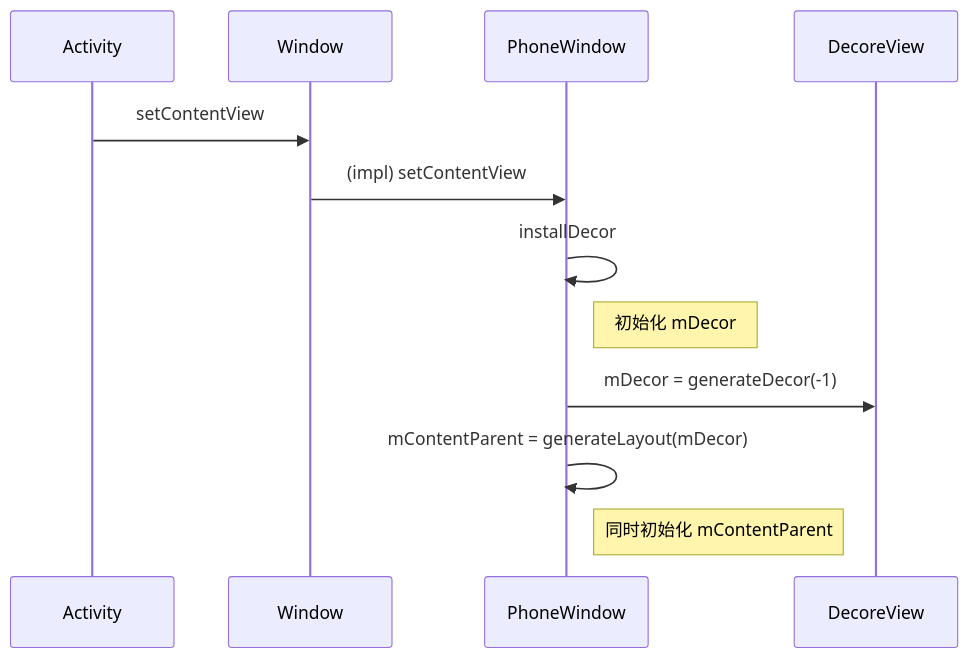
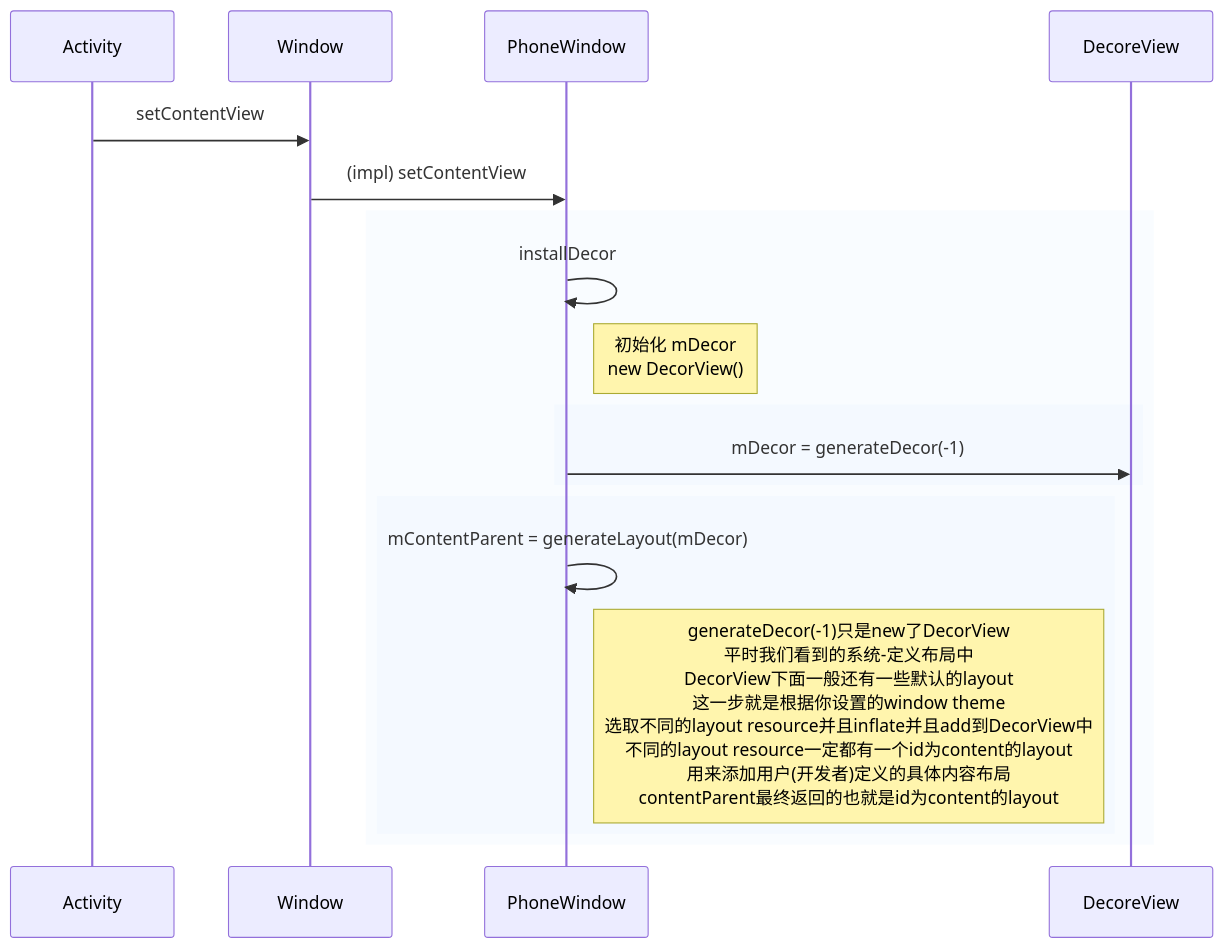
Before and after one commit to swithun-liu/swithun-liu.github.io: the first of 7 diagrams in source/_posts/Android/Android窗口机制.md, drawn with Mermaid. The commit also changed other lines of this file and 1 other file, not shown here.

Commit message:
窗口机制直接整理完整图

````diff
--- a/source/_posts/Android/Android窗口机制.md
+++ b/source/_posts/Android/Android窗口机制.md
@@ -163,10 +163,16 @@
 ```mermaid
 sequenceDiagram
 Activity ->> Window: setContentView
 Window ->> PhoneWindow: (impl) setContentView
-PhoneWindow ->> PhoneWindow: installDecor
-Note right of PhoneWindow: 初始化 mDecor
-PhoneWindow ->> DecoreView: mDecor = generateDecor(-1)
-PhoneWindow ->> PhoneWindow: mContentParent = generateLayout(mDecor)
-Note right of PhoneWindow: 同时初始化 mContentParent
+rect rgba(191, 223, 255, .1) 
+    PhoneWindow ->> PhoneWindow: installDecor
+    Note right of PhoneWindow: 初始化 mDecor <br> new DecorView()
+    rect rgba(191, 223, 255, .1) 
+        PhoneWindow ->> DecoreView: mDecor = generateDecor(-1)
+    end
+    rect rgba(191, 223, 255, .1) 
+        PhoneWindow ->> PhoneWindow: mContentParent = generateLayout(mDecor)
+        Note right of PhoneWindow: generateDecor(-1)只是new了DecorView<br>平时我们看到的系统-定义布局中<br>DecorView下面一般还有一些默认的layout<br>这一步就是根据你设置的window theme<br>选取不同的layout resource并且inflate并且add到DecorView中<br>不同的layout resource一定都有一个id为content的layout<br>用来添加用户(开发者)定义的具体内容布局<br>contentParent最终返回的也就是id为content的layout
+    end
+end
 ```
````
